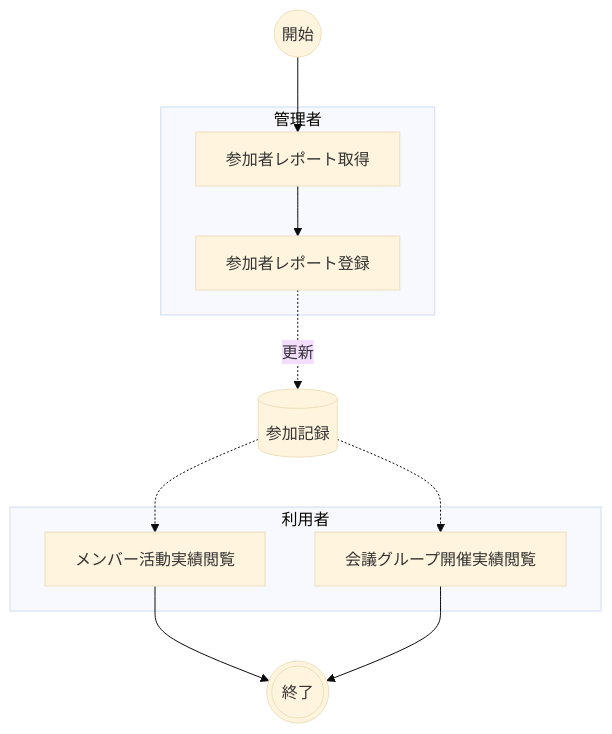
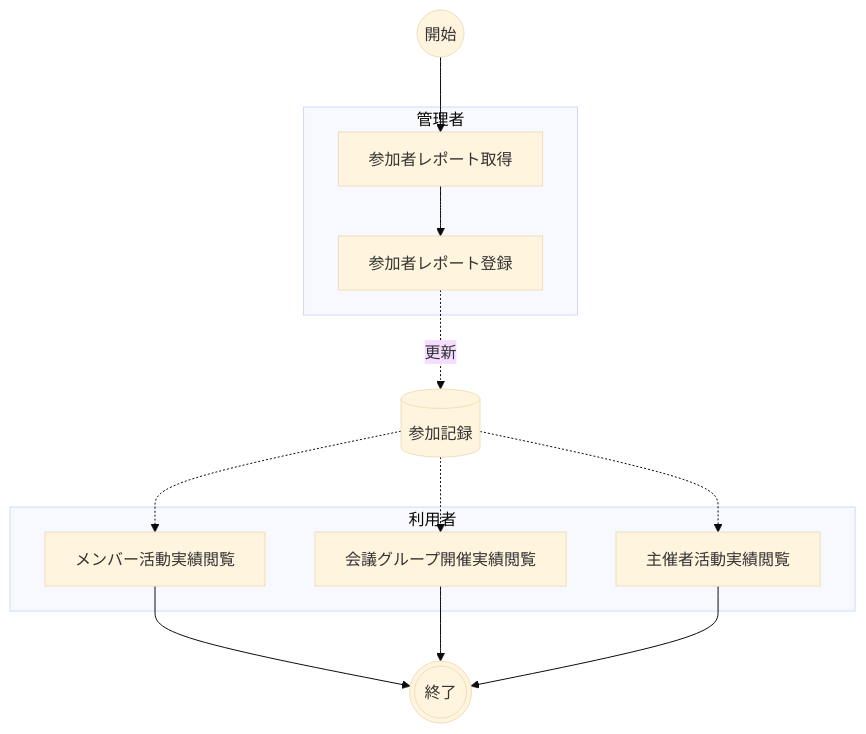
Before and after one commit to nuitsjp/teams-board: the diagram in docs/01.参加状況管理/参加状況管理.md, drawn with Mermaid (base theme). The commit also changed other lines of this file, not shown here.

````diff
--- a/docs/01.参加状況管理/参加状況管理.md
+++ b/docs/01.参加状況管理/参加状況管理.md
@@ -14,25 +14,28 @@
 ```mermaid
 flowchart TD
     開始@{ shape: circle, label: "開始" }
     終了(((終了)))
 
     subgraph 管理者
         A01[参加者レポート取得]
         A02[参加者レポート登録]
     end
 
     DB[(参加記録)]
 
     subgraph 利用者
         A03[メンバー活動実績閲覧]
         A04[会議グループ開催実績閲覧]
+        A05[主催者活動実績閲覧]
     end
 
     開始 --> A01
     A01 --> A02
     A02 -.更新.-> DB
     DB -.-> A03
     DB -.-> A04
+    DB -.-> A05
     A03 --> 終了
     A04 --> 終了
+    A05 --> 終了
 ```
````
